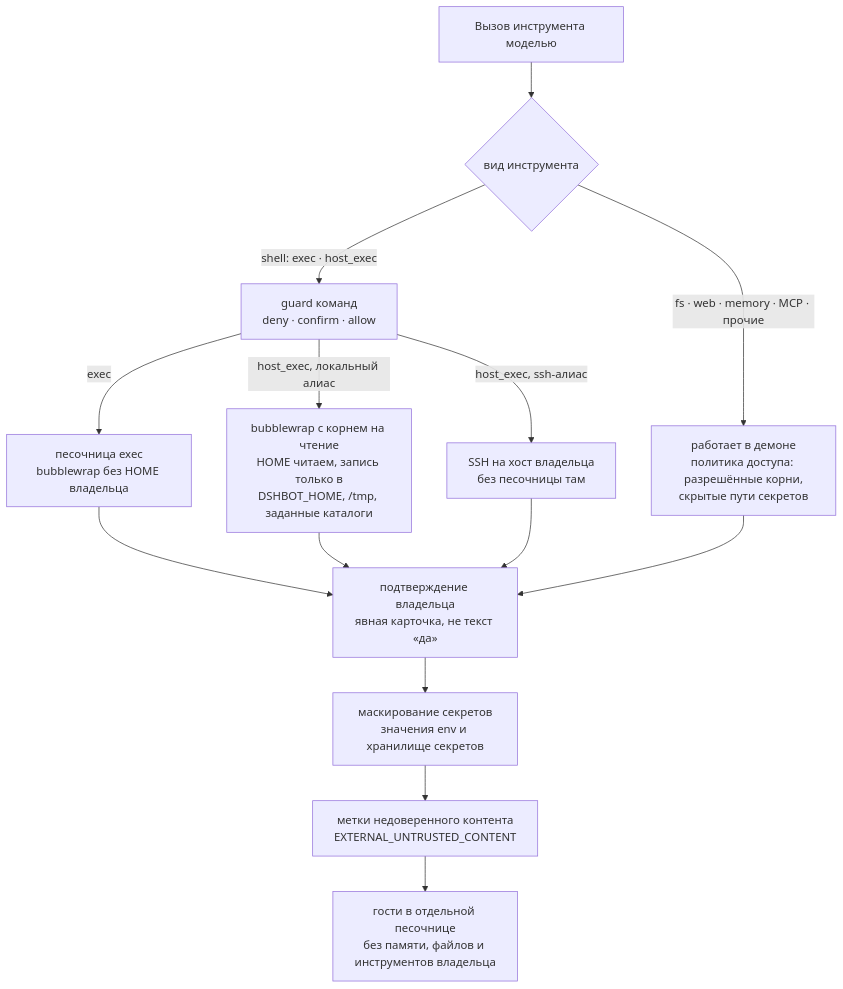
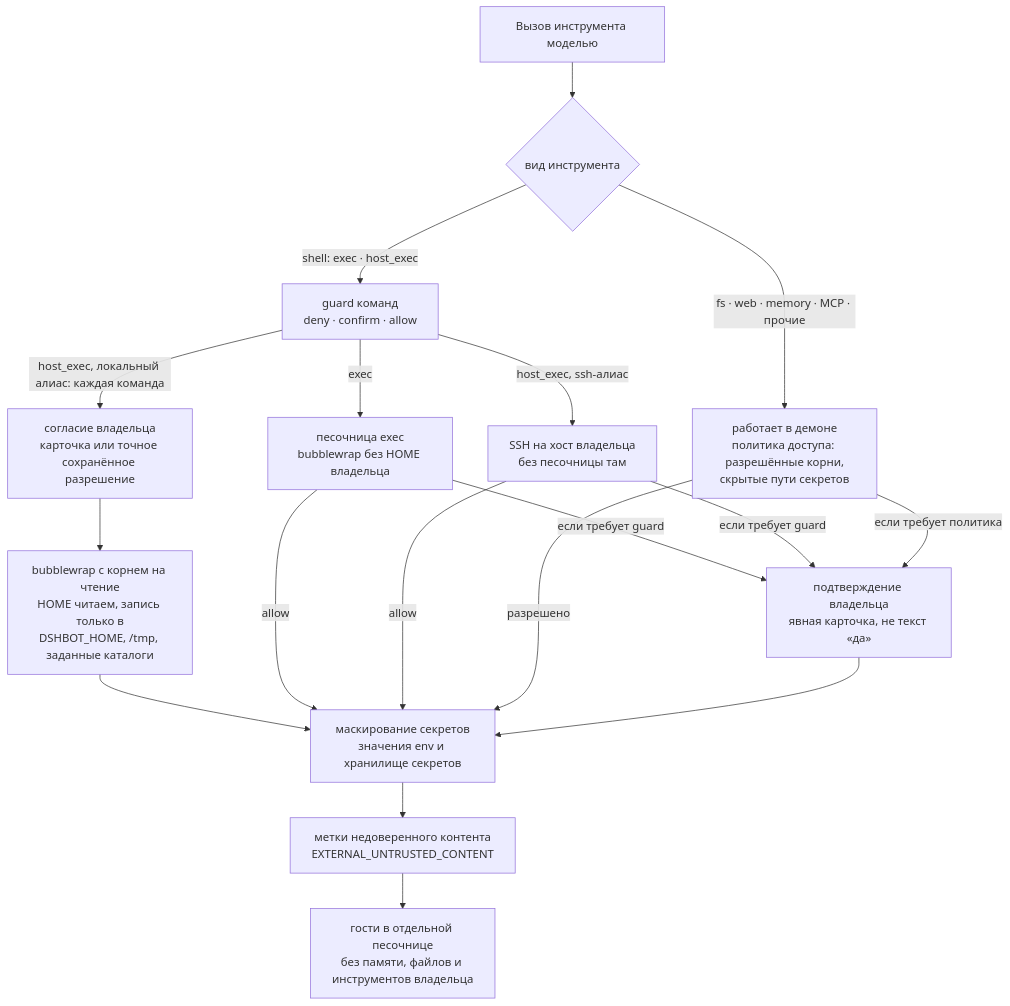
Before and after one commit to gon7187/dshbot-agent: the third of 4 diagrams in README.ru.md, drawn with Mermaid. The commit also changed other lines of this file and 454 other files, not shown here.

````diff
--- a/README.ru.md
+++ b/README.ru.md
@@ -120,16 +122,20 @@
 ```mermaid
 flowchart TB
   CALL[Вызов инструмента моделью] --> KIND{вид инструмента}
   KIND -->|shell: exec · host_exec| G1[guard команд<br/>deny · confirm · allow]
   G1 -->|exec| G2[песочница exec<br/>bubblewrap без HOME владельца]
-  G1 -->|host_exec, локальный алиас| H1[bubblewrap с корнем на чтение<br/>HOME читаем, запись только в<br/>DSHBOT_HOME, /tmp, заданные каталоги]
+  G1 -->|host_exec, локальный алиас: каждая команда| HC[согласие владельца<br/>карточка или точное сохранённое разрешение]
+  HC --> H1[bubblewrap с корнем на чтение<br/>HOME читаем, запись только в<br/>DSHBOT_HOME, /tmp, заданные каталоги]
   G1 -->|host_exec, ssh-алиас| H2[SSH на хост владельца<br/>без песочницы там]
   KIND -->|fs · web · memory · MCP · прочие| P1[работает в демоне<br/>политика доступа: разрешённые корни,<br/>скрытые пути секретов]
-  G2 --> G3[подтверждение владельца<br/>явная карточка, не текст «да»]
-  H1 --> G3
-  H2 --> G3
-  P1 --> G3
+  G2 -->|если требует guard| G3[подтверждение владельца<br/>явная карточка, не текст «да»]
+  H1 --> G4
+  H2 -->|если требует guard| G3
+  P1 -->|если требует политика| G3
+  G2 -->|allow| G4
+  H2 -->|allow| G4
+  P1 -->|разрешено| G4
   G3 --> G4[маскирование секретов<br/>значения env и хранилище секретов]
   G4 --> G5[метки недоверенного контента<br/>EXTERNAL_UNTRUSTED_CONTENT]
   G5 --> G6[гости в отдельной песочнице<br/>без памяти, файлов и инструментов владельца]
 ```
````
